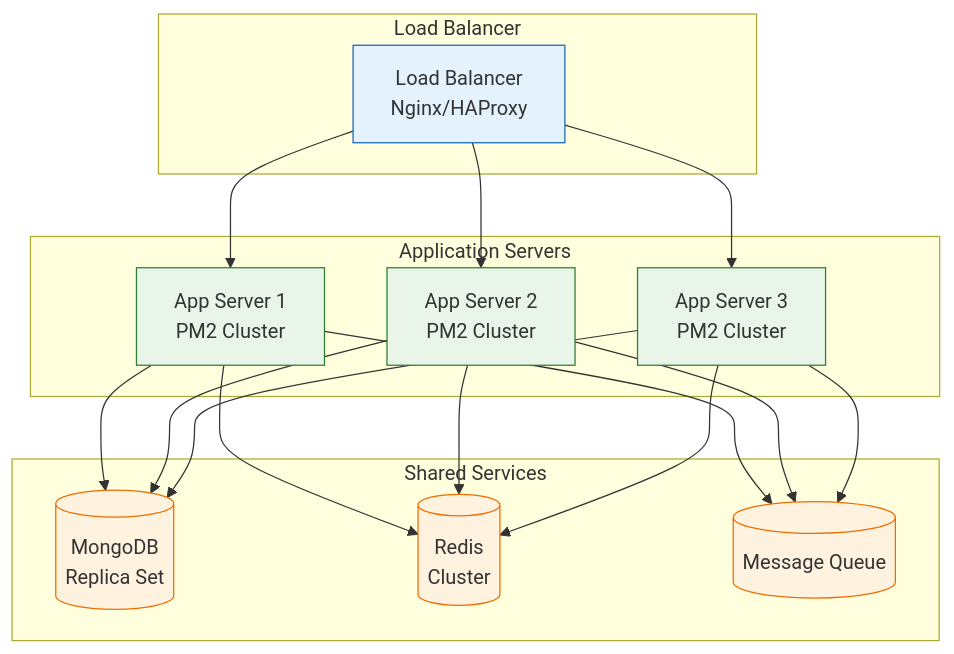
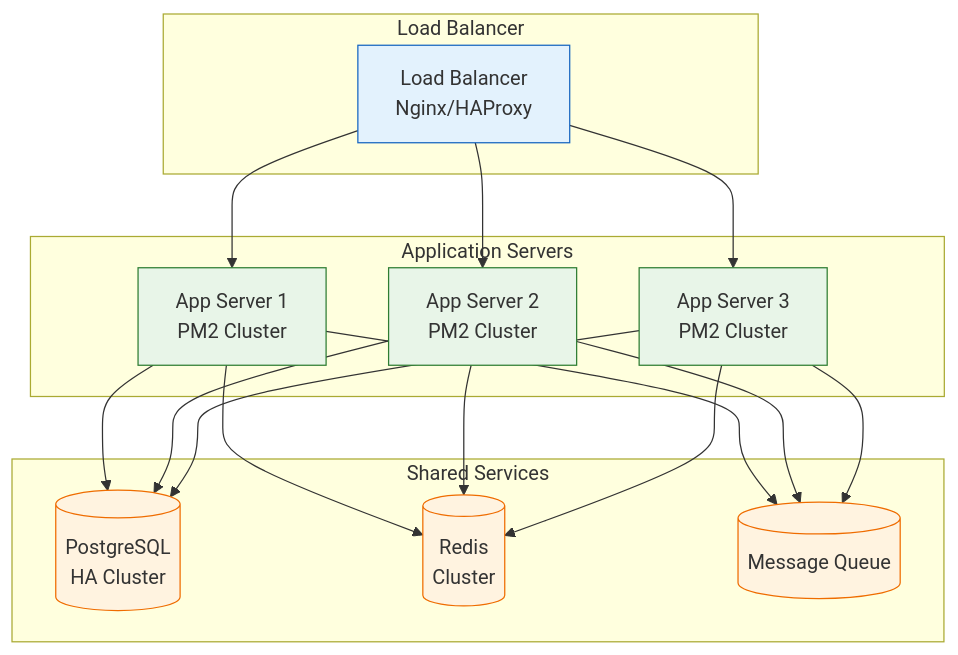
One commit to josephnguyen-macusaone/abc-dashboard changed the ninth of 9 diagrams in backend/docs/operations/deployment-guide.md. Above: the diagram before and after it, drawn with Mermaid. The commit also changed other lines of this file and 141 other files, not shown here.

````diff
--- a/backend/docs/operations/deployment-guide.md
+++ b/backend/docs/operations/deployment-guide.md
@@ -1023,42 +1034,42 @@
 ```mermaid
 graph TD
     subgraph "Load Balancer"
         LB[Load Balancer<br/>Nginx/HAProxy]
     end
 
     subgraph "Application Servers"
         App1[App Server 1<br/>PM2 Cluster]
         App2[App Server 2<br/>PM2 Cluster]
         App3[App Server 3<br/>PM2 Cluster]
     end
 
     subgraph "Shared Services"
-        DB[(MongoDB<br/>Replica Set)]
+        DB[(PostgreSQL<br/>HA Cluster)]
         Cache[(Redis<br/>Cluster)]
         Queue[(Message Queue)]
     end
 
     LB --> App1
     LB --> App2
     LB --> App3
 
     App1 --> DB
     App2 --> DB
     App3 --> DB
 
     App1 --> Cache
     App2 --> Cache
     App3 --> Cache
 
     App1 --> Queue
     App2 --> Queue
     App3 --> Queue
 
     classDef lb fill:#e3f2fd,stroke:#1565c0
     classDef app fill:#e8f5e8,stroke:#2e7d32
     classDef shared fill:#fff3e0,stroke:#ef6c00
 
     class LB lb
     class App1,App2,App3 app
     class DB,Cache,Queue shared
 ```
````
